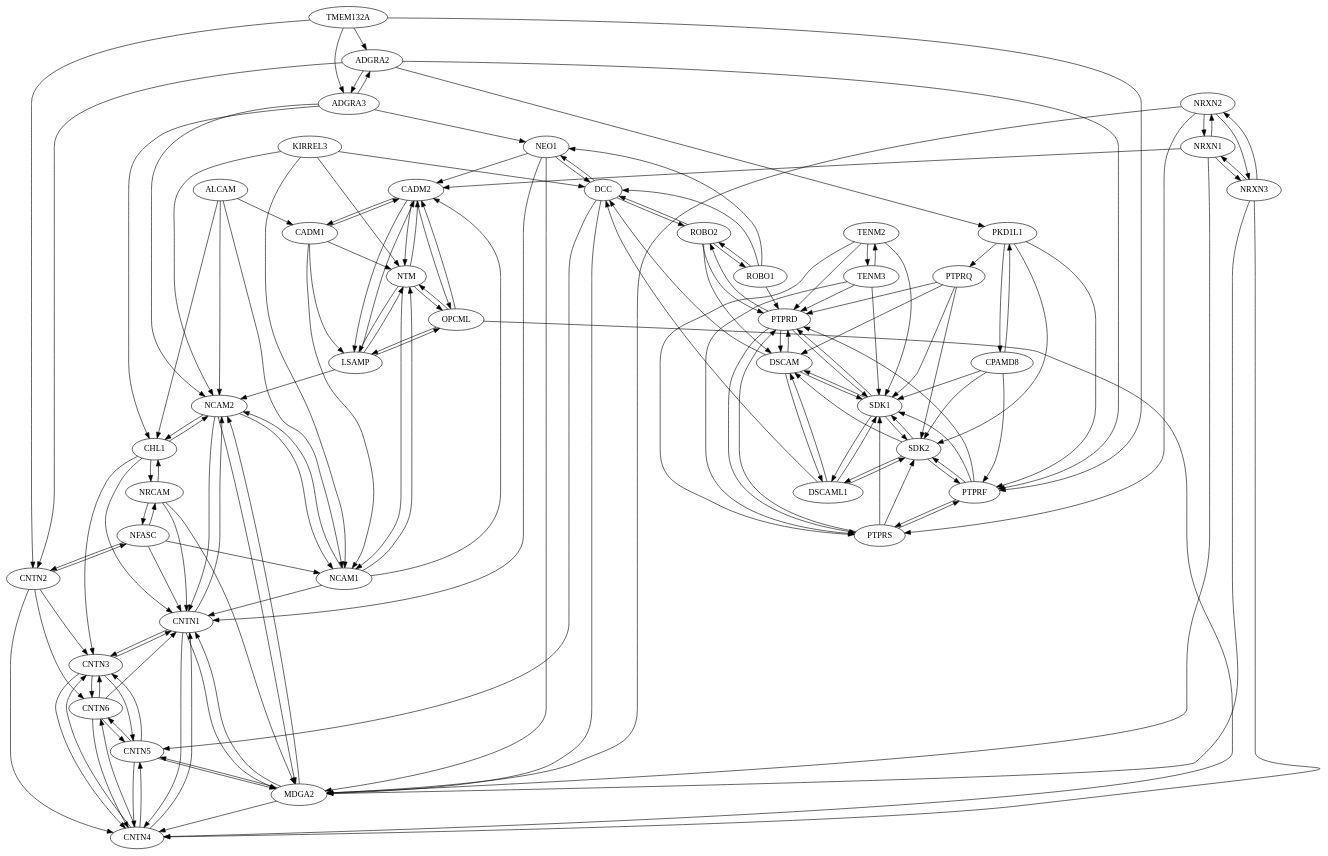
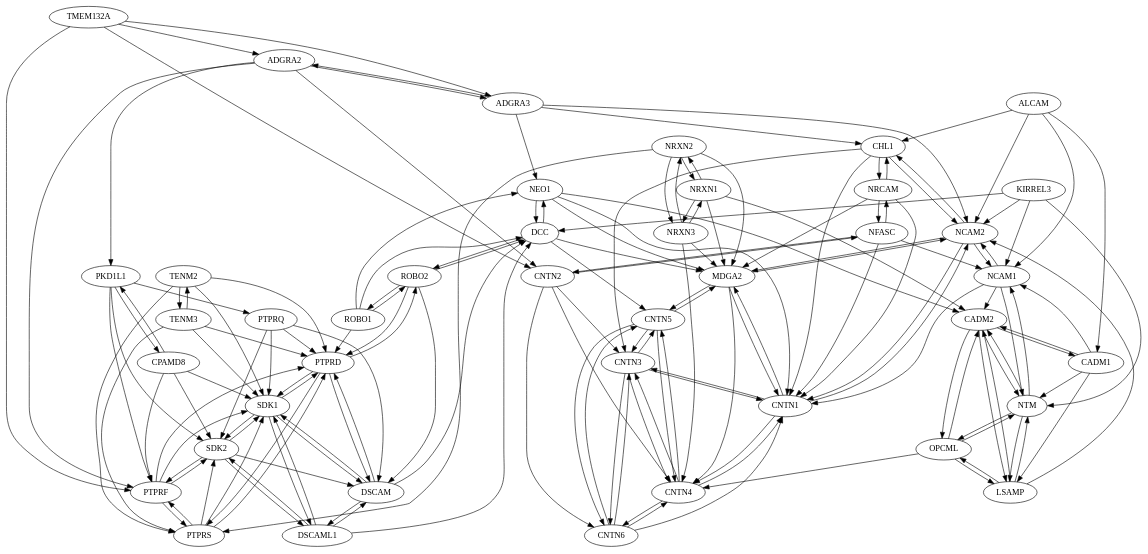
Before and after one commit to leonfrench/map-of-proteins-data: the diagram in v6/graphs/181.graph.dot, drawn with Graphviz. The commit also changed 457 other files, not shown here.

```diff
--- a/v6/graphs/181.graph.dot
+++ b/v6/graphs/181.graph.dot
@@ -1,207 +1,207 @@
 digraph G {
-"ADGRA2" ["l"="46.058498,-17.950916"]
-"ADGRA3" ["l"="46.719051,-18.049599"]
-"ALCAM" ["l"="47.961117,-14.931979"]
-"CADM1" ["l"="47.955681,-15.319003"]
-"CADM2" ["l"="47.628712,-14.907275"]
-"CHL1" ["l"="47.940449,-15.160558"]
-"CNTN1" ["l"="47.723103,-15.191128"]
-"CNTN2" ["l"="48.413734,-14.245420"]
-"CNTN3" ["l"="47.855961,-15.242059"]
-"CNTN4" ["l"="47.824909,-15.085931"]
-"CNTN5" ["l"="47.608028,-15.139676"]
-"CNTN6" ["l"="47.811890,-15.170575"]
-"CPAMD8" ["l"="49.023678,-14.028564"]
-"DCC" ["l"="48.317112,-14.849044"]
-"DSCAM" ["l"="48.023010,-15.533271"]
-"DSCAML1" ["l"="48.209354,-15.485614"]
-"KIRREL3" ["l"="48.327980,-14.597187"]
-"LSAMP" ["l"="47.571556,-15.236765"]
-"MDGA2" ["l"="48.152081,-14.753996"]
-"NCAM1" ["l"="47.654064,-15.008084"]
-"NCAM2" ["l"="47.989571,-15.210482"]
-"NEO1" ["l"="48.934742,-14.565026"]
-"NFASC" ["l"="48.006824,-14.878405"]
-"NRCAM" ["l"="47.768639,-15.072363"]
-"NRXN1" ["l"="45.415527,-16.812452"]
-"NRXN2" ["l"="45.090786,-17.145620"]
-"NRXN3" ["l"="47.064293,-16.428171"]
-"NTM" ["l"="47.751465,-14.992675"]
-"OPCML" ["l"="47.778008,-14.965978"]
-"PKD1L1" ["l"="45.200886,-16.624016"]
-"PTPRD" ["l"="48.226582,-15.316338"]
-"PTPRF" ["l"="47.787094,-15.843086"]
-"PTPRQ" ["l"="49.098293,-15.745829"]
-"PTPRS" ["l"="48.422703,-15.468062"]
-"ROBO1" ["l"="47.913578,-15.315403"]
-"ROBO2" ["l"="48.062450,-15.099319"]
-"SDK1" ["l"="48.467445,-15.677945"]
-"SDK2" ["l"="48.413853,-15.496264"]
-"TENM2" ["l"="49.373505,-15.775827"]
-"TENM3" ["l"="49.456856,-15.689335"]
-"TMEM132A" ["l"="48.206573,-14.170308"]
-"ADGRA2" -> "ADGRA3"
-"ADGRA2" -> "CNTN2"
-"ADGRA2" -> "PKD1L1"
-"ADGRA2" -> "PTPRF"
-"ADGRA3" -> "ADGRA2"
-"ADGRA3" -> "NEO1"
-"ADGRA3" -> "NCAM2"
-"ADGRA3" -> "CHL1"
-"ALCAM" -> "NCAM2"
-"ALCAM" -> "NCAM1"
-"ALCAM" -> "CHL1"
-"ALCAM" -> "CADM1"
-"CADM1" -> "CADM2"
-"CADM1" -> "LSAMP"
-"CADM1" -> "NTM"
-"CADM1" -> "NCAM1"
-"CADM2" -> "NTM"
-"CADM2" -> "LSAMP"
-"CADM2" -> "OPCML"
-"CADM2" -> "CADM1"
-"CHL1" -> "NCAM2"
-"CHL1" -> "CNTN1"
-"CHL1" -> "NRCAM"
-"CHL1" -> "CNTN3"
-"CNTN1" -> "NCAM2"
-"CNTN1" -> "MDGA2"
-"CNTN1" -> "CNTN4"
-"CNTN1" -> "CNTN3"
-"CNTN2" -> "NFASC"
-"CNTN2" -> "CNTN3"
-"CNTN2" -> "CNTN4"
-"CNTN2" -> "CNTN6"
-"CNTN3" -> "CNTN4"
-"CNTN3" -> "CNTN1"
-"CNTN3" -> "CNTN5"
-"CNTN3" -> "CNTN6"
-"CNTN4" -> "CNTN5"
-"CNTN4" -> "CNTN3"
-"CNTN4" -> "CNTN6"
-"CNTN4" -> "CNTN1"
-"CNTN5" -> "CNTN4"
-"CNTN5" -> "CNTN3"
-"CNTN5" -> "CNTN6"
-"CNTN5" -> "MDGA2"
-"CNTN6" -> "CNTN4"
-"CNTN6" -> "CNTN3"
-"CNTN6" -> "CNTN5"
-"CNTN6" -> "CNTN1"
-"CPAMD8" -> "PKD1L1"
-"CPAMD8" -> "PTPRF"
-"CPAMD8" -> "SDK2"
-"CPAMD8" -> "SDK1"
-"DCC" -> "NEO1"
-"DCC" -> "CNTN5"
-"DCC" -> "ROBO2"
-"DCC" -> "MDGA2"
-"DSCAM" -> "DSCAML1"
-"DSCAM" -> "SDK1"
-"DSCAM" -> "DCC"
-"DSCAM" -> "PTPRD"
-"DSCAML1" -> "DSCAM"
-"DSCAML1" -> "SDK2"
-"DSCAML1" -> "SDK1"
-"DSCAML1" -> "DCC"
-"KIRREL3" -> "DCC"
-"KIRREL3" -> "NTM"
-"KIRREL3" -> "NCAM2"
-"KIRREL3" -> "NCAM1"
-"LSAMP" -> "OPCML"
-"LSAMP" -> "NTM"
-"LSAMP" -> "CADM2"
-"LSAMP" -> "NCAM2"
-"MDGA2" -> "CNTN1"
-"MDGA2" -> "NCAM2"
-"MDGA2" -> "CNTN5"
-"MDGA2" -> "CNTN4"
-"NCAM1" -> "NCAM2"
-"NCAM1" -> "CADM2"
-"NCAM1" -> "CNTN1"
-"NCAM1" -> "NTM"
-"NCAM2" -> "CNTN1"
-"NCAM2" -> "CHL1"
-"NCAM2" -> "NCAM1"
-"NCAM2" -> "MDGA2"
-"NEO1" -> "DCC"
-"NEO1" -> "CNTN1"
-"NEO1" -> "CADM2"
-"NEO1" -> "MDGA2"
-"NFASC" -> "CNTN2"
-"NFASC" -> "NRCAM"
-"NFASC" -> "CNTN1"
-"NFASC" -> "NCAM1"
-"NRCAM" -> "CHL1"
-"NRCAM" -> "CNTN1"
-"NRCAM" -> "MDGA2"
-"NRCAM" -> "NFASC"
-"NRXN1" -> "NRXN3"
-"NRXN1" -> "MDGA2"
-"NRXN1" -> "CADM2"
-"NRXN1" -> "NRXN2"
-"NRXN2" -> "NRXN3"
-"NRXN2" -> "NRXN1"
-"NRXN2" -> "PTPRS"
-"NRXN2" -> "MDGA2"
-"NRXN3" -> "NRXN1"
-"NRXN3" -> "CNTN4"
-"NRXN3" -> "NRXN2"
-"NRXN3" -> "MDGA2"
-"NTM" -> "OPCML"
-"NTM" -> "LSAMP"
-"NTM" -> "CADM2"
-"NTM" -> "NCAM1"
-"OPCML" -> "LSAMP"
-"OPCML" -> "NTM"
-"OPCML" -> "CADM2"
-"OPCML" -> "CNTN4"
-"PKD1L1" -> "CPAMD8"
-"PKD1L1" -> "PTPRQ"
-"PKD1L1" -> "SDK2"
-"PKD1L1" -> "PTPRF"
-"PTPRD" -> "PTPRS"
-"PTPRD" -> "DSCAM"
-"PTPRD" -> "ROBO2"
-"PTPRD" -> "SDK1"
-"PTPRF" -> "PTPRS"
-"PTPRF" -> "SDK2"
-"PTPRF" -> "PTPRD"
-"PTPRF" -> "SDK1"
-"PTPRQ" -> "SDK1"
-"PTPRQ" -> "DSCAM"
-"PTPRQ" -> "SDK2"
-"PTPRQ" -> "PTPRD"
-"PTPRS" -> "PTPRD"
-"PTPRS" -> "PTPRF"
-"PTPRS" -> "SDK2"
-"PTPRS" -> "SDK1"
-"ROBO1" -> "ROBO2"
-"ROBO1" -> "NEO1"
-"ROBO1" -> "PTPRD"
-"ROBO1" -> "DCC"
-"ROBO2" -> "ROBO1"
-"ROBO2" -> "DCC"
-"ROBO2" -> "PTPRD"
-"ROBO2" -> "DSCAM"
-"SDK1" -> "SDK2"
-"SDK1" -> "DSCAM"
-"SDK1" -> "DSCAML1"
-"SDK1" -> "PTPRD"
-"SDK2" -> "SDK1"
-"SDK2" -> "DSCAML1"
-"SDK2" -> "PTPRF"
-"SDK2" -> "DSCAM"
-"TENM2" -> "TENM3"
-"TENM2" -> "PTPRD"
-"TENM2" -> "SDK1"
-"TENM2" -> "PTPRS"
-"TENM3" -> "TENM2"
-"TENM3" -> "PTPRD"
-"TENM3" -> "SDK1"
-"TENM3" -> "PTPRS"
-"TMEM132A" -> "ADGRA2"
-"TMEM132A" -> "CNTN2"
-"TMEM132A" -> "PTPRF"
-"TMEM132A" -> "ADGRA3"
+"ADGRA2" -> "ADGRA3";
+"ADGRA2" -> "CNTN2";
+"ADGRA2" -> "PKD1L1";
+"ADGRA2" -> "PTPRF";
+"ADGRA3" -> "ADGRA2";
+"ADGRA3" -> "NEO1";
+"ADGRA3" -> "NCAM2";
+"ADGRA3" -> "CHL1";
+"ALCAM" -> "NCAM2";
+"ALCAM" -> "NCAM1";
+"ALCAM" -> "CHL1";
+"ALCAM" -> "CADM1";
+"CADM1" -> "CADM2";
+"CADM1" -> "LSAMP";
+"CADM1" -> "NTM";
+"CADM1" -> "NCAM1";
+"CADM2" -> "NTM";
+"CADM2" -> "LSAMP";
+"CADM2" -> "OPCML";
+"CADM2" -> "CADM1";
+"CHL1" -> "NCAM2";
+"CHL1" -> "CNTN1";
+"CHL1" -> "NRCAM";
+"CHL1" -> "CNTN3";
+"CNTN1" -> "NCAM2";
+"CNTN1" -> "MDGA2";
+"CNTN1" -> "CNTN4";
+"CNTN1" -> "CNTN3";
+"CNTN2" -> "NFASC";
+"CNTN2" -> "CNTN3";
+"CNTN2" -> "CNTN4";
+"CNTN2" -> "CNTN6";
+"CNTN3" -> "CNTN4";
+"CNTN3" -> "CNTN1";
+"CNTN3" -> "CNTN5";
+"CNTN3" -> "CNTN6";
+"CNTN4" -> "CNTN5";
+"CNTN4" -> "CNTN3";
+"CNTN4" -> "CNTN6";
+"CNTN4" -> "CNTN1";
+"CNTN5" -> "CNTN4";
+"CNTN5" -> "CNTN3";
+"CNTN5" -> "CNTN6";
+"CNTN5" -> "MDGA2";
+"CNTN6" -> "CNTN4";
+"CNTN6" -> "CNTN3";
+"CNTN6" -> "CNTN5";
+"CNTN6" -> "CNTN1";
+"CPAMD8" -> "PKD1L1";
+"CPAMD8" -> "PTPRF";
+"CPAMD8" -> "SDK2";
+"CPAMD8" -> "SDK1";
+"DCC" -> "NEO1";
+"DCC" -> "CNTN5";
+"DCC" -> "ROBO2";
+"DCC" -> "MDGA2";
+"DSCAM" -> "DSCAML1";
+"DSCAM" -> "SDK1";
+"DSCAM" -> "DCC";
+"DSCAM" -> "PTPRD";
+"DSCAML1" -> "DSCAM";
+"DSCAML1" -> "SDK2";
+"DSCAML1" -> "SDK1";
+"DSCAML1" -> "DCC";
+"KIRREL3" -> "DCC";
+"KIRREL3" -> "NTM";
+"KIRREL3" -> "NCAM2";
+"KIRREL3" -> "NCAM1";
+"LSAMP" -> "OPCML";
+"LSAMP" -> "NTM";
+"LSAMP" -> "CADM2";
+"LSAMP" -> "NCAM2";
+"MDGA2" -> "CNTN1";
+"MDGA2" -> "NCAM2";
+"MDGA2" -> "CNTN5";
+"MDGA2" -> "CNTN4";
+"NCAM1" -> "NCAM2";
+"NCAM1" -> "CADM2";
+"NCAM1" -> "CNTN1";
+"NCAM1" -> "NTM";
+"NCAM2" -> "CNTN1";
+"NCAM2" -> "CHL1";
+"NCAM2" -> "NCAM1";
+"NCAM2" -> "MDGA2";
+"NEO1" -> "DCC";
+"NEO1" -> "CNTN1";
+"NEO1" -> "CADM2";
+"NEO1" -> "MDGA2";
+"NFASC" -> "CNTN2";
+"NFASC" -> "NRCAM";
+"NFASC" -> "CNTN1";
+"NFASC" -> "NCAM1";
+"NRCAM" -> "CHL1";
+"NRCAM" -> "CNTN1";
+"NRCAM" -> "MDGA2";
+"NRCAM" -> "NFASC";
+"NRXN1" -> "NRXN3";
+"NRXN1" -> "MDGA2";
+"NRXN1" -> "CADM2";
+"NRXN1" -> "NRXN2";
+"NRXN2" -> "NRXN3";
+"NRXN2" -> "NRXN1";
+"NRXN2" -> "PTPRS";
+"NRXN2" -> "MDGA2";
+"NRXN3" -> "NRXN1";
+"NRXN3" -> "CNTN4";
+"NRXN3" -> "NRXN2";
+"NRXN3" -> "MDGA2";
+"NTM" -> "OPCML";
+"NTM" -> "LSAMP";
+"NTM" -> "CADM2";
+"NTM" -> "NCAM1";
+"OPCML" -> "LSAMP";
+"OPCML" -> "NTM";
+"OPCML" -> "CADM2";
+"OPCML" -> "CNTN4";
+"PKD1L1" -> "CPAMD8";
+"PKD1L1" -> "PTPRQ";
+"PKD1L1" -> "SDK2";
+"PKD1L1" -> "PTPRF";
+"PTPRD" -> "PTPRS";
+"PTPRD" -> "DSCAM";
+"PTPRD" -> "ROBO2";
+"PTPRD" -> "SDK1";
+"PTPRF" -> "PTPRS";
+"PTPRF" -> "SDK2";
+"PTPRF" -> "PTPRD";
+"PTPRF" -> "SDK1";
+"PTPRQ" -> "SDK1";
+"PTPRQ" -> "DSCAM";
+"PTPRQ" -> "SDK2";
+"PTPRQ" -> "PTPRD";
+"PTPRS" -> "PTPRD";
+"PTPRS" -> "PTPRF";
+"PTPRS" -> "SDK2";
+"PTPRS" -> "SDK1";
+"ROBO1" -> "ROBO2";
+"ROBO1" -> "NEO1";
+"ROBO1" -> "PTPRD";
+"ROBO1" -> "DCC";
+"ROBO2" -> "ROBO1";
+"ROBO2" -> "DCC";
+"ROBO2" -> "PTPRD";
+"ROBO2" -> "DSCAM";
+"SDK1" -> "SDK2";
+"SDK1" -> "DSCAM";
+"SDK1" -> "DSCAML1";
+"SDK1" -> "PTPRD";
+"SDK2" -> "SDK1";
+"SDK2" -> "DSCAML1";
+"SDK2" -> "PTPRF";
+"SDK2" -> "DSCAM";
+"TENM2" -> "TENM3";
+"TENM2" -> "PTPRD";
+"TENM2" -> "SDK1";
+"TENM2" -> "PTPRS";
+"TENM3" -> "TENM2";
+"TENM3" -> "PTPRD";
+"TENM3" -> "SDK1";
+"TENM3" -> "PTPRS";
+"TMEM132A" -> "ADGRA2";
+"TMEM132A" -> "CNTN2";
+"TMEM132A" -> "PTPRF";
+"TMEM132A" -> "ADGRA3";
+"ADGRA2" ["l"="46.058498,-17.950916"];
+"ADGRA3" ["l"="46.719051,-18.049599"];
+"ALCAM" ["l"="47.961117,-14.931979"];
+"CADM1" ["l"="47.955681,-15.319003"];
+"CADM2" ["l"="47.628712,-14.907275"];
+"CHL1" ["l"="47.940449,-15.160558"];
+"CNTN1" ["l"="47.723103,-15.191128"];
+"CNTN2" ["l"="48.413734,-14.245420"];
+"CNTN3" ["l"="47.855961,-15.242059"];
+"CNTN4" ["l"="47.824909,-15.085931"];
+"CNTN5" ["l"="47.608028,-15.139676"];
+"CNTN6" ["l"="47.811890,-15.170575"];
+"CPAMD8" ["l"="49.023678,-14.028564"];
+"DCC" ["l"="48.317112,-14.849044"];
+"DSCAM" ["l"="48.023010,-15.533271"];
+"DSCAML1" ["l"="48.209354,-15.485614"];
+"KIRREL3" ["l"="48.327980,-14.597187"];
+"LSAMP" ["l"="47.571556,-15.236765"];
+"MDGA2" ["l"="48.152081,-14.753996"];
+"NCAM1" ["l"="47.654064,-15.008084"];
+"NCAM2" ["l"="47.989571,-15.210482"];
+"NEO1" ["l"="48.934742,-14.565026"];
+"NFASC" ["l"="48.006824,-14.878405"];
+"NRCAM" ["l"="47.768639,-15.072363"];
+"NRXN1" ["l"="45.415527,-16.812452"];
+"NRXN2" ["l"="45.090786,-17.145620"];
+"NRXN3" ["l"="47.064293,-16.428171"];
+"NTM" ["l"="47.751465,-14.992675"];
+"OPCML" ["l"="47.778008,-14.965978"];
+"PKD1L1" ["l"="45.200886,-16.624016"];
+"PTPRD" ["l"="48.226582,-15.316338"];
+"PTPRF" ["l"="47.787094,-15.843086"];
+"PTPRQ" ["l"="49.098293,-15.745829"];
+"PTPRS" ["l"="48.422703,-15.468062"];
+"ROBO1" ["l"="47.913578,-15.315403"];
+"ROBO2" ["l"="48.062450,-15.099319"];
+"SDK1" ["l"="48.467445,-15.677945"];
+"SDK2" ["l"="48.413853,-15.496264"];
+"TENM2" ["l"="49.373505,-15.775827"];
+"TENM3" ["l"="49.456856,-15.689335"];
+"TMEM132A" ["l"="48.206573,-14.170308"];
 }
```
